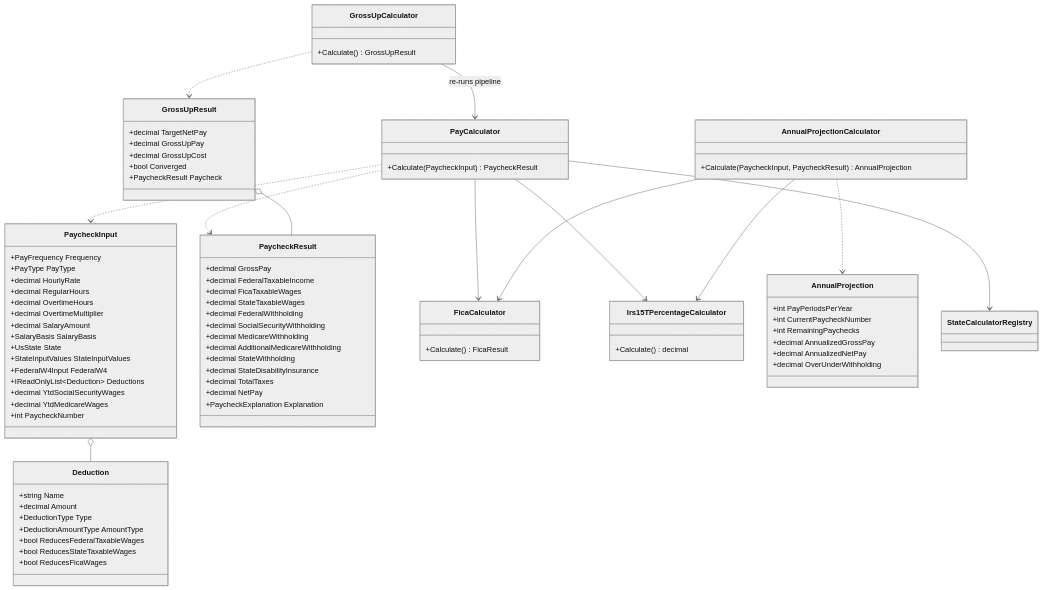
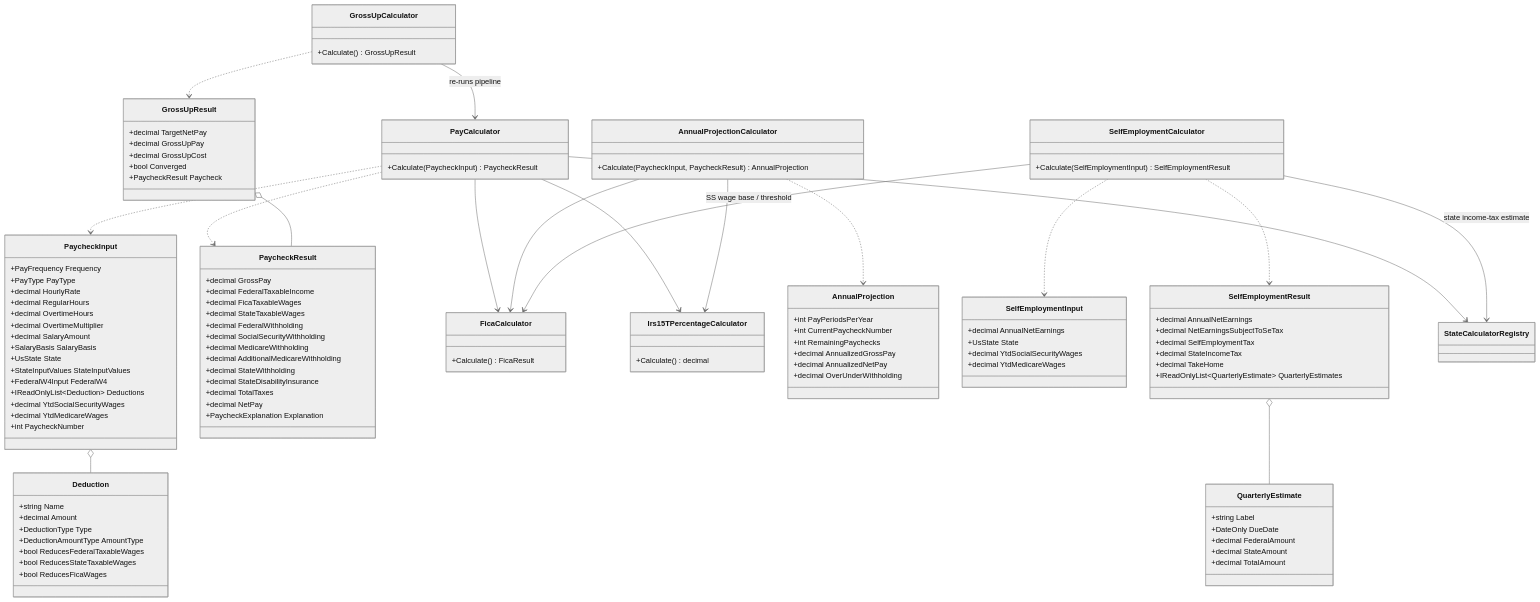
One commit to Fibonacci-0112/PaycheckCalculator changed the second of 9 diagrams in docs/class-diagram.md. Above: the diagram before and after it, drawn with Mermaid (neutral theme). The commit also changed other lines of this file and 18 other files, not shown here.

First line of the commit message:
Add self-employment / 1099 calculator with quarterly estimates

````diff
--- a/docs/class-diagram.md
+++ b/docs/class-diagram.md
@@ -125,6 +125,30 @@
         +bool Converged
         +PaycheckResult Paycheck
     }
+    class SelfEmploymentCalculator {
+        +Calculate(SelfEmploymentInput) SelfEmploymentResult
+    }
+    class SelfEmploymentInput {
+        +decimal AnnualNetEarnings
+        +UsState State
+        +decimal YtdSocialSecurityWages
+        +decimal YtdMedicareWages
+    }
+    class SelfEmploymentResult {
+        +decimal AnnualNetEarnings
+        +decimal NetEarningsSubjectToSeTax
+        +decimal SelfEmploymentTax
+        +decimal StateIncomeTax
+        +decimal TakeHome
+        +IReadOnlyList~QuarterlyEstimate~ QuarterlyEstimates
+    }
+    class QuarterlyEstimate {
+        +string Label
+        +DateOnly DueDate
+        +decimal FederalAmount
+        +decimal StateAmount
+        +decimal TotalAmount
+    }
 
     PayCalculator --> StateCalculatorRegistry
     PayCalculator --> FicaCalculator
@@ -136,6 +160,11 @@
     AnnualProjectionCalculator ..> AnnualProjection
     GrossUpCalculator --> PayCalculator : re-runs pipeline
     GrossUpCalculator ..> GrossUpResult
+    SelfEmploymentCalculator --> StateCalculatorRegistry : state income-tax estimate
+    SelfEmploymentCalculator --> FicaCalculator : SS wage base / threshold
+    SelfEmploymentCalculator ..> SelfEmploymentInput
+    SelfEmploymentCalculator ..> SelfEmploymentResult
+    SelfEmploymentResult o-- QuarterlyEstimate
     PaycheckInput o-- Deduction
     GrossUpResult o-- PaycheckResult
 ```
````
